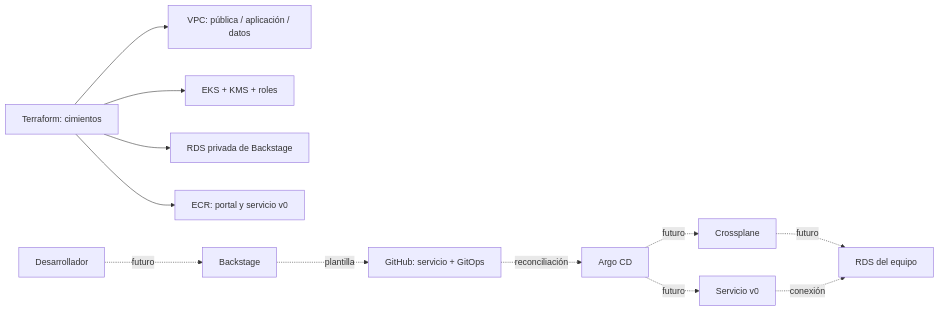
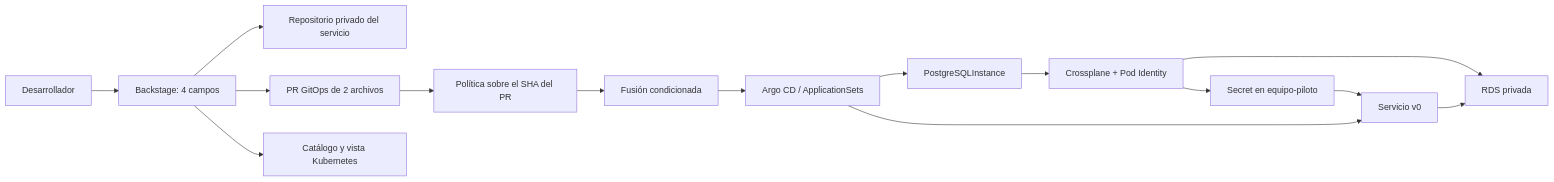
Before and after one commit to Di3g01314/mati-backstage-goldenpath: the first of 2 diagrams in docs/ARQUITECTURA.md, drawn with Mermaid. The commit also changed other lines of this file and 107 other files, not shown here.

````diff
--- a/docs/ARQUITECTURA.md
+++ b/docs/ARQUITECTURA.md
@@ -3,14 +5,17 @@
 ```mermaid
 flowchart LR
-  TF[Terraform: cimientos] --> VPC[VPC: pública / aplicación / datos]
-  TF --> EKS[EKS + KMS + roles]
-  TF --> RDS[RDS privada de Backstage]
-  TF --> ECR[ECR: portal y servicio v0]
-  DEV[Desarrollador] -. futuro .-> BS[Backstage]
-  BS -. plantilla .-> GIT[GitHub: servicio + GitOps]
-  GIT -. reconciliación .-> ARGO[Argo CD]
-  ARGO -. futuro .-> APP[Servicio v0]
-  ARGO -. futuro .-> XP[Crossplane]
-  XP -. futuro .-> DB[RDS del equipo]
-  APP -. conexión .-> DB
+  Dev[Desarrollador] --> Portal[Backstage: 4 campos]
+  Portal --> Repo[Repositorio privado del servicio]
+  Portal --> PR[PR GitOps de 2 archivos]
+  PR --> Policy[Política sobre el SHA del PR]
+  Policy --> Merge[Fusión condicionada]
+  Merge --> Argo[Argo CD / ApplicationSets]
+  Argo --> XR[PostgreSQLInstance]
+  XR --> Crossplane[Crossplane + Pod Identity]
+  Crossplane --> RDS[RDS privada]
+  Crossplane --> Secret[Secret en equipo-piloto]
+  Argo --> Service[Servicio v0]
+  Secret --> Service
+  Service --> RDS
+  Portal --> Catalog[Catálogo y vista Kubernetes]
 ```
````
